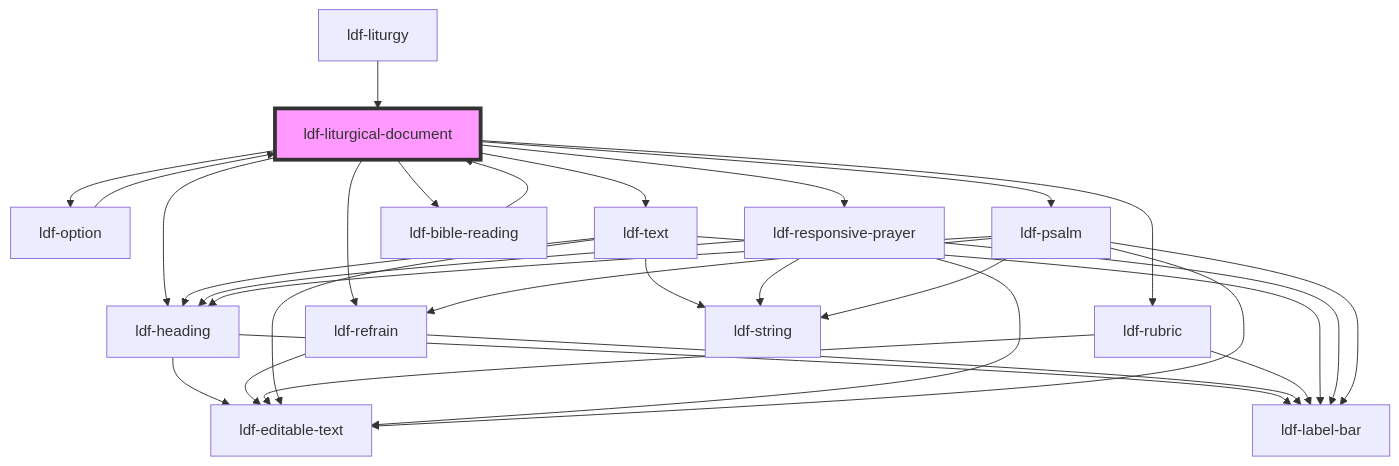
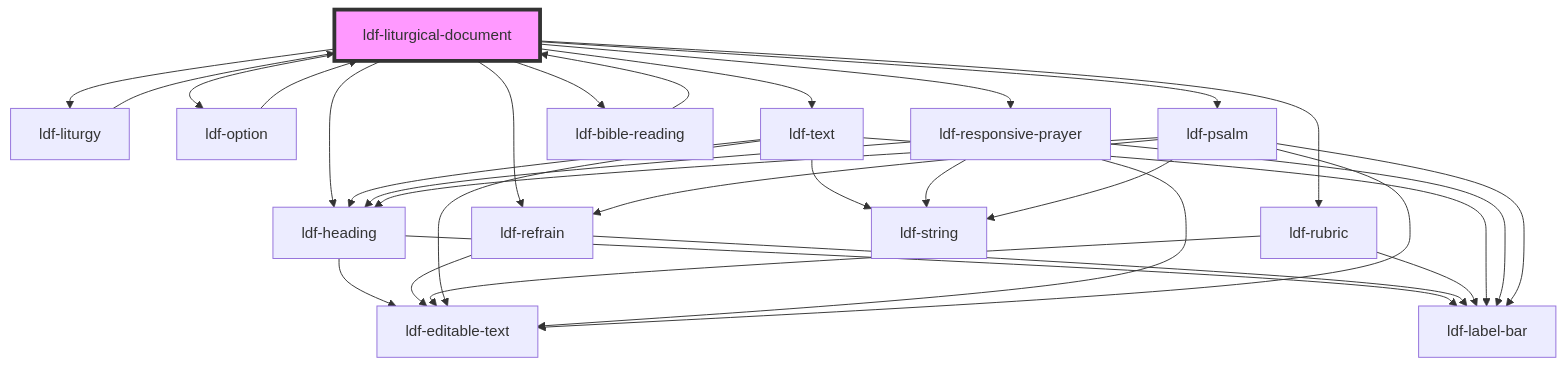
One commit to gbj/venite changed the diagram in components/src/components/liturgical-document/readme.md. Above: the diagram before and after it, drawn with Mermaid. The commit also changed other lines of this file and 9 other files, not shown here.

````diff
--- a/components/src/components/liturgical-document/readme.md
+++ b/components/src/components/liturgical-document/readme.md
@@ -37,34 +38,35 @@
 ```mermaid
 graph TD;
+  ldf-liturgical-document --> ldf-liturgy
   ldf-liturgical-document --> ldf-heading
   ldf-liturgical-document --> ldf-option
   ldf-liturgical-document --> ldf-refrain
   ldf-liturgical-document --> ldf-rubric
   ldf-liturgical-document --> ldf-text
   ldf-liturgical-document --> ldf-responsive-prayer
   ldf-liturgical-document --> ldf-bible-reading
   ldf-liturgical-document --> ldf-psalm
+  ldf-liturgy --> ldf-liturgical-document
   ldf-heading --> ldf-editable-text
   ldf-heading --> ldf-label-bar
   ldf-option --> ldf-liturgical-document
   ldf-refrain --> ldf-label-bar
   ldf-refrain --> ldf-editable-text
   ldf-rubric --> ldf-label-bar
   ldf-rubric --> ldf-editable-text
   ldf-text --> ldf-label-bar
   ldf-text --> ldf-heading
   ldf-text --> ldf-editable-text
   ldf-text --> ldf-string
   ldf-responsive-prayer --> ldf-editable-text
   ldf-responsive-prayer --> ldf-string
   ldf-responsive-prayer --> ldf-label-bar
   ldf-responsive-prayer --> ldf-heading
   ldf-bible-reading --> ldf-liturgical-document
   ldf-psalm --> ldf-refrain
   ldf-psalm --> ldf-heading
   ldf-psalm --> ldf-label-bar
   ldf-psalm --> ldf-editable-text
   ldf-psalm --> ldf-string
-  ldf-liturgy --> ldf-liturgical-document
   style ldf-liturgical-document fill:#f9f,stroke:#333,stroke-width:4px
 ```
````
